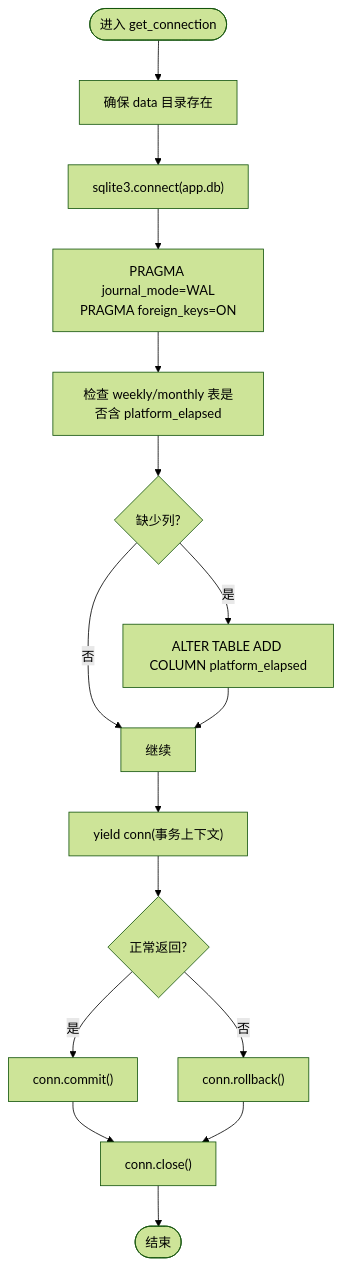
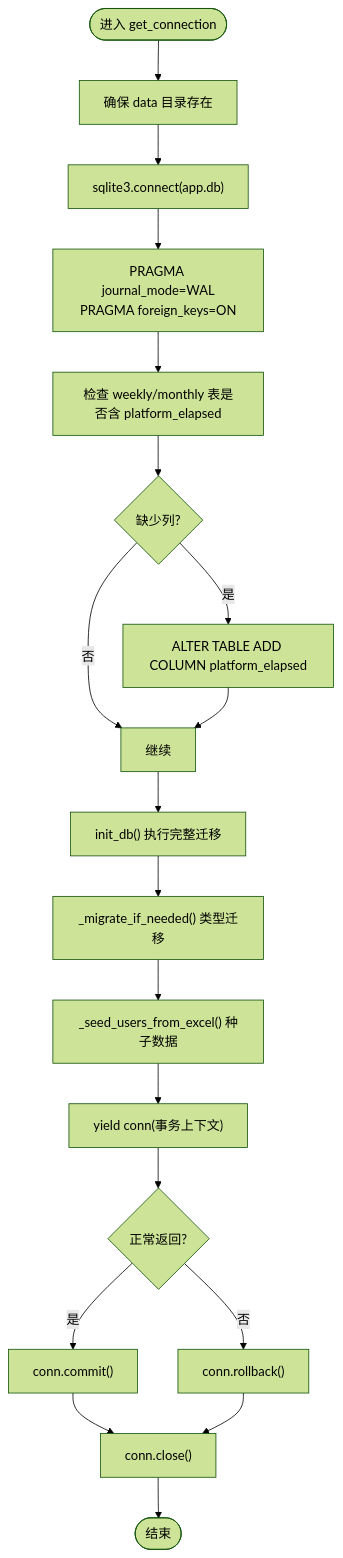
The third of 10 diagrams in .qoder/repowiki/zh/content/数据模型/数据模型.md (oreovan567-pixel/middle-platform-data-collector), drawn with Mermaid (forest theme) before and after one commit. The commit also changed other lines of this file and 11 other files, not shown here.

````diff
--- a/.qoder/repowiki/zh/content/数据模型/数据模型.md
+++ b/.qoder/repowiki/zh/content/数据模型/数据模型.md
@@ -153,18 +164,21 @@
 ```mermaid
 flowchart TD
 Start(["进入 get_connection"]) --> EnsureDir["确保 data 目录存在"]
 EnsureDir --> Connect["sqlite3.connect(app.db)"]
 Connect --> PRAGMA["PRAGMA journal_mode=WAL<br/>PRAGMA foreign_keys=ON"]
 PRAGMA --> CheckCols["检查 weekly/monthly 表是否含 platform_elapsed"]
 CheckCols --> AddCol{"缺少列?"}
 AddCol --> |是| Alter["ALTER TABLE ADD COLUMN platform_elapsed"]
 AddCol --> |否| Proceed["继续"]
 Alter --> Proceed
-Proceed --> YieldConn["yield conn(事务上下文)"]
+Proceed --> InitDB["init_db() 执行完整迁移"]
+InitDB --> MigrateTypes["_migrate_if_needed() 类型迁移"]
+MigrateTypes --> SeedData["_seed_users_from_excel() 种子数据"]
+SeedData --> YieldConn["yield conn(事务上下文)"]
 YieldConn --> Commit{"正常返回?"}
 Commit --> |是| DoCommit["conn.commit()"]
 Commit --> |否| Rollback["conn.rollback()"]
 DoCommit --> Close["conn.close()"]
 Rollback --> Close
 Close --> End(["结束"])
 ```
````
